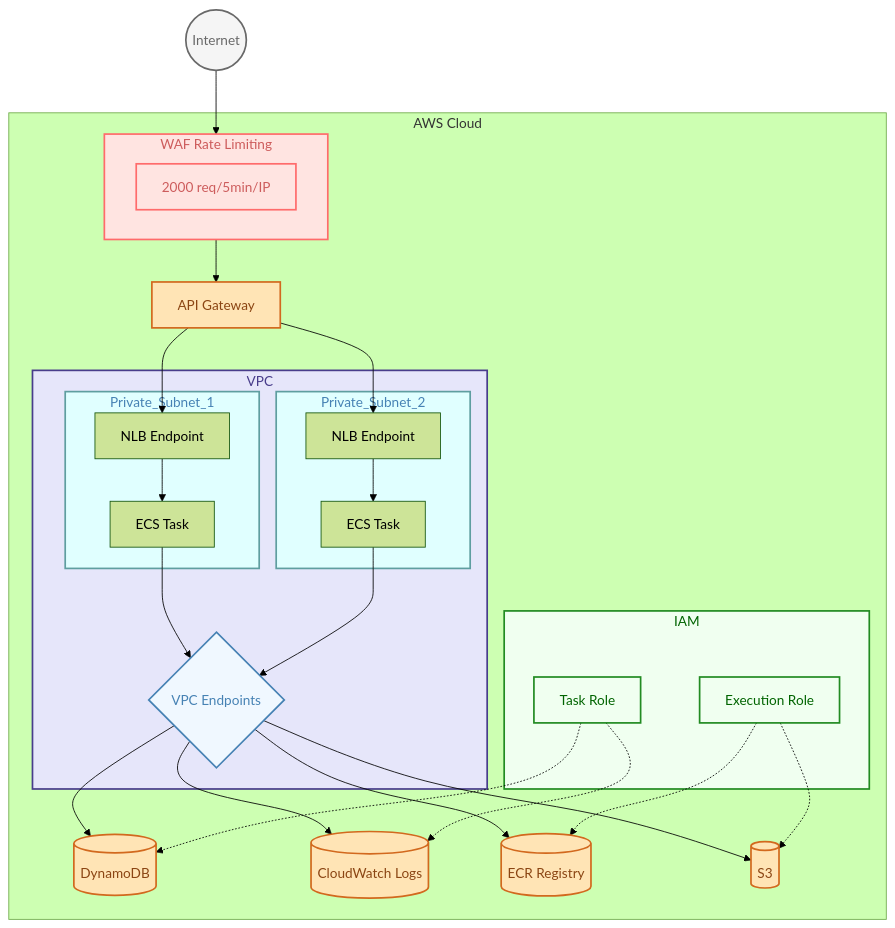
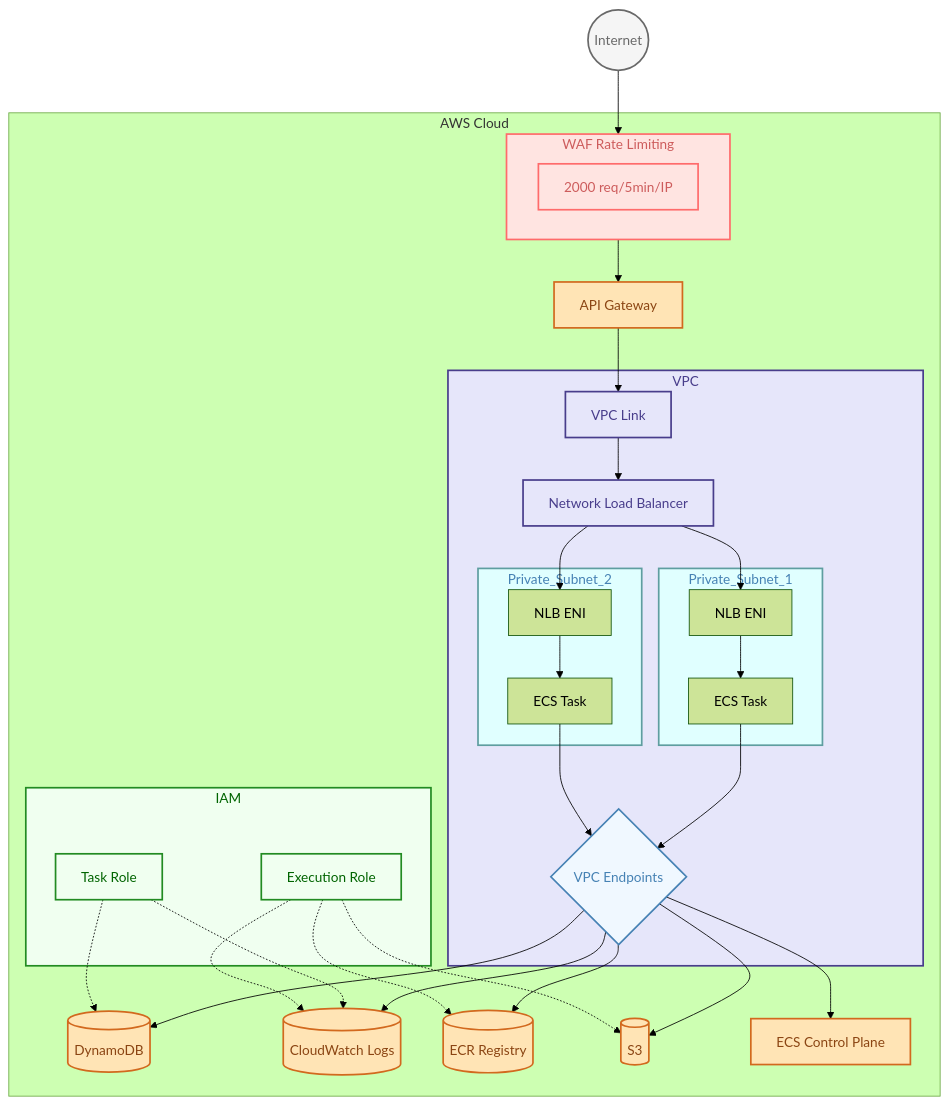
Before and after one commit to edoatley/aws-notes: the second of 2 diagrams in api-deployment/Readme.MD, drawn with Mermaid (forest theme). The commit also changed other lines of this file and 1 other file, not shown here.

Commit message:
ECS updates completed

````diff
--- a/api-deployment/Readme.MD
+++ b/api-deployment/Readme.MD
@@ -183,70 +186,80 @@
 ```mermaid
 graph TB
     subgraph AWS Cloud
         subgraph VPC
             subgraph Private_Subnet_1
                 ECS1[ECS Task]
-                NLB1[NLB Endpoint]
+                NLB_ENI1[NLB ENI]
             end
             subgraph Private_Subnet_2
                 ECS2[ECS Task]
-                NLB2[NLB Endpoint]
+                NLB_ENI2[NLB ENI]
             end
-            
+
+            NLB[Network Load Balancer]
+            VPCLink[VPC Link]
+
             VPCEndpoints{VPC Endpoints}
         end
-        
+
         APIGW[API Gateway]
         DDB[(DynamoDB)]
         CW[(CloudWatch Logs)]
         ECR[(ECR Registry)]
         S3[(S3)]
-        
+        ECS_ControlPlane[ECS Control Plane]
+
         subgraph IAM
             ExecutionRole[Execution Role]
             TaskRole[Task Role]
         end
 
         subgraph WAF[WAF Rate Limiting]
             RateLimit[2000 req/5min/IP]
         end
     end
-    
+
     Internet((Internet))
 
-    %% Connections
+%% Connections
     Internet --> WAF
     WAF --> APIGW
-    APIGW --> NLB1
-    APIGW --> NLB2
-    NLB1 --> ECS1
-    NLB2 --> ECS2
+    APIGW --> VPCLink
+    VPCLink --> NLB
+    NLB --> NLB_ENI1
+    NLB --> NLB_ENI2
+    NLB_ENI1 --> ECS1
+    NLB_ENI2 --> ECS2
+
     ECS1 --> VPCEndpoints
     ECS2 --> VPCEndpoints
     VPCEndpoints --> DDB
     VPCEndpoints --> CW
     VPCEndpoints --> ECR
     VPCEndpoints --> S3
+    VPCEndpoints --> ECS_ControlPlane
+
     TaskRole -.-> DDB
     TaskRole -.-> CW
     ExecutionRole -.-> ECR
     ExecutionRole -.-> S3
-    
-    %% Styling
+    ExecutionRole -.-> CW 
+
+%% Styling 
     classDef aws fill:#FFE4B5,stroke:#D2691E,stroke-width:2px,color:#8B4513;
     classDef vpc fill:#E6E6FA,stroke:#483D8B,stroke-width:2px,color:#483D8B;
     classDef subnet fill:#E0FFFF,stroke:#5F9EA0,stroke-width:2px,color:#4682B4;
     classDef iam fill:#F0FFF0,stroke:#228B22,stroke-width:2px,color:#006400;
     classDef internet fill:#F5F5F5,stroke:#696969,stroke-width:2px,color:#696969;
     classDef waf fill:#FFE4E1,stroke:#FF6B6B,stroke-width:2px,color:#CD5C5C;
     classDef endpoints fill:#F0F8FF,stroke:#4682B4,stroke-width:2px,color:#4682B4;
 
-    %% Apply classes
-    class DDB,CW,ECR,S3,APIGW aws;
-    class VPC vpc;
+%% Apply classes
+    class DDB,CW,ECR,S3,APIGW,ECS_ControlPlane aws;
+    class VPC,NLB,VPCLink vpc;
     class Private_Subnet_1,Private_Subnet_2 subnet;
     class ExecutionRole,TaskRole,IAM iam;
     class Internet internet;
     class WAF,RateLimit waf;
     class VPCEndpoints endpoints;
 ```
````
